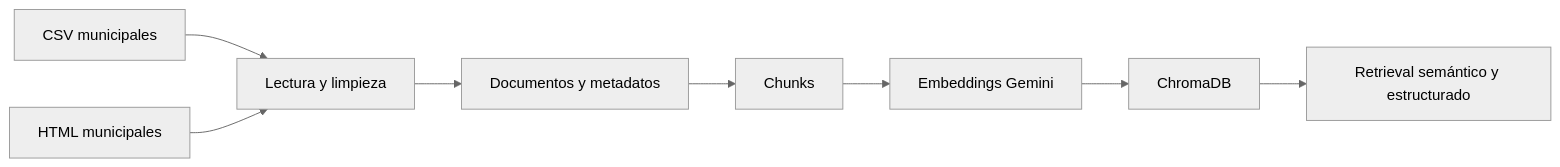
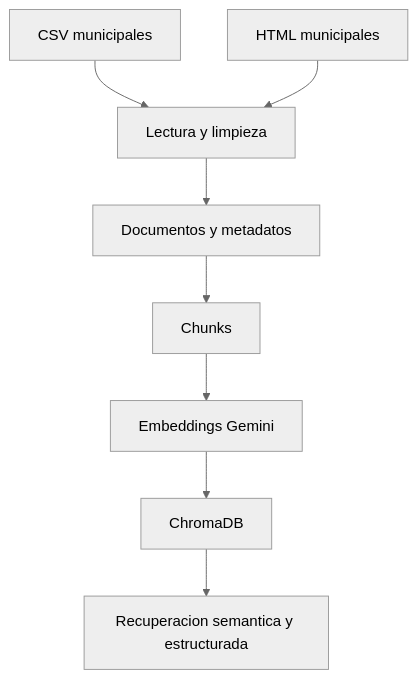
One commit to alex-bometon/pb03_equipo18 changed the diagram in specs/09-datos-y-fuentes.md. Above: the diagram before and after it, drawn with Mermaid (neutral theme). The commit also changed other lines of this file and 17 other files, not shown here.

````diff
--- a/specs/09-datos-y-fuentes.md
+++ b/specs/09-datos-y-fuentes.md
@@ -26,10 +137,10 @@
 ```mermaid
-flowchart LR
+flowchart TD
     C[CSV municipales] --> L[Lectura y limpieza]
     H[HTML municipales] --> L
     L --> M[Documentos y metadatos]
     M --> K[Chunks]
     K --> E[Embeddings Gemini]
     E --> I[ChromaDB]
-    I --> R[Retrieval semántico y estructurado]
+    I --> R[Recuperacion semantica y estructurada]
 ```
````
